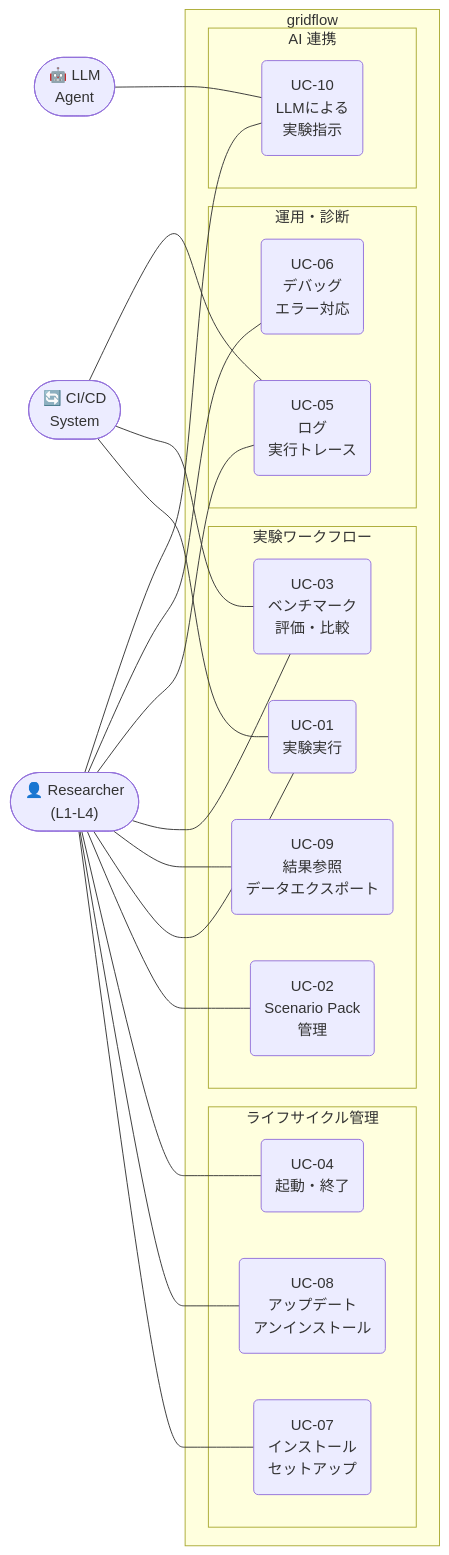
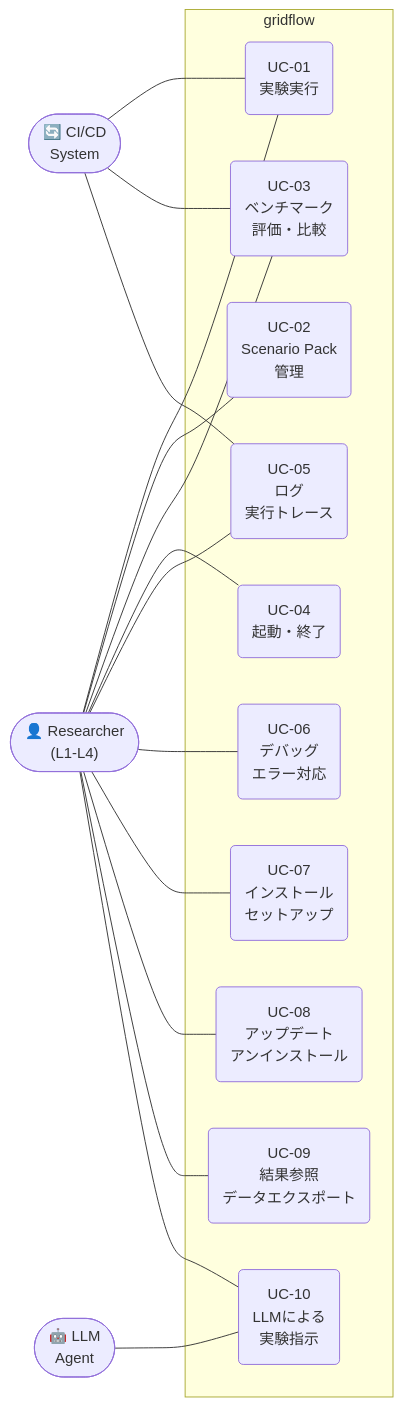
The first of 15 diagrams in docs/architecture/04_dynamic_view.md (bottlenome/gridflow), drawn with Mermaid before and after one commit. The commit also changed other lines of this file, not shown here.

Commit message:
docs: fix UC diagram ordering and 7 internal inconsistencies
UC diagram: reorder to UC-01~UC-10 sequential (was grouped by category)

7 fixes:
1. "シミュレーション" → "実験" in UC-04 scenario (2 occurrences)
2. Fix duplicate section 4.3.9 → UC-10 renumbered to 4.3.10
3. Remove contradictory "UC-08 omitted" statement (UC-08 diagram exists)
4. FR-04 scope verified: benchmark-specific, correctly absent from UC-01
5. UC-10 delegation targets: add UC-05 (log) and UC-06 (debug)
   in relationship table and Mermaid diagram
6. "pandas DataFrame" → "テーブル形式のデータ構造" (language-neutral)
7. UC-03↔UC-01: "include" → "depends-on" (UC-03 reads existing results,
   does not trigger UC-01 execution)

https://claude.ai/code/session_01E7ooAYCnSoy3kPxHQSifYT

````diff
--- a/docs/architecture/04_dynamic_view.md
+++ b/docs/architecture/04_dynamic_view.md
@@ -20,44 +20,36 @@
 ```mermaid
 graph LR
     Researcher(["👤 Researcher<br>(L1-L4)"])
     CICD(["🔄 CI/CD<br>System"])
     LLMAgent(["🤖 LLM<br>Agent"])
 
     subgraph gridflow
-        subgraph "ライフサイクル管理"
-            UC07("UC-07<br>インストール<br>セットアップ")
-            UC08("UC-08<br>アップデート<br>アンインストール")
-            UC04("UC-04<br>起動・終了")
-        end
-        subgraph "実験ワークフロー"
-            UC02("UC-02<br>Scenario Pack<br>管理")
-            UC01("UC-01<br>実験実行")
-            UC09("UC-09<br>結果参照<br>データエクスポート")
-            UC03("UC-03<br>ベンチマーク<br>評価・比較")
-        end
-        subgraph "運用・診断"
-            UC05("UC-05<br>ログ<br>実行トレース")
-            UC06("UC-06<br>デバッグ<br>エラー対応")
-        end
-        subgraph "AI 連携"
-            UC10("UC-10<br>LLMによる<br>実験指示")
-        end
+        UC01("UC-01<br>実験実行")
+        UC02("UC-02<br>Scenario Pack<br>管理")
+        UC03("UC-03<br>ベンチマーク<br>評価・比較")
+        UC04("UC-04<br>起動・終了")
+        UC05("UC-05<br>ログ<br>実行トレース")
+        UC06("UC-06<br>デバッグ<br>エラー対応")
+        UC07("UC-07<br>インストール<br>セットアップ")
+        UC08("UC-08<br>アップデート<br>アンインストール")
+        UC09("UC-09<br>結果参照<br>データエクスポート")
+        UC10("UC-10<br>LLMによる<br>実験指示")
     end
 
+    Researcher --- UC01
+    Researcher --- UC02
+    Researcher --- UC03
+    Researcher --- UC04
+    Researcher --- UC05
+    Researcher --- UC06
     Researcher --- UC07
     Researcher --- UC08
-    Researcher --- UC04
-    Researcher --- UC02
-    Researcher --- UC01
     Researcher --- UC09
-    Researcher --- UC03
-    Researcher --- UC05
-    Researcher --- UC06
     Researcher --- UC10
 
     CICD --- UC01
     CICD --- UC03
     CICD --- UC05
 
     LLMAgent --- UC10
 ```
````
